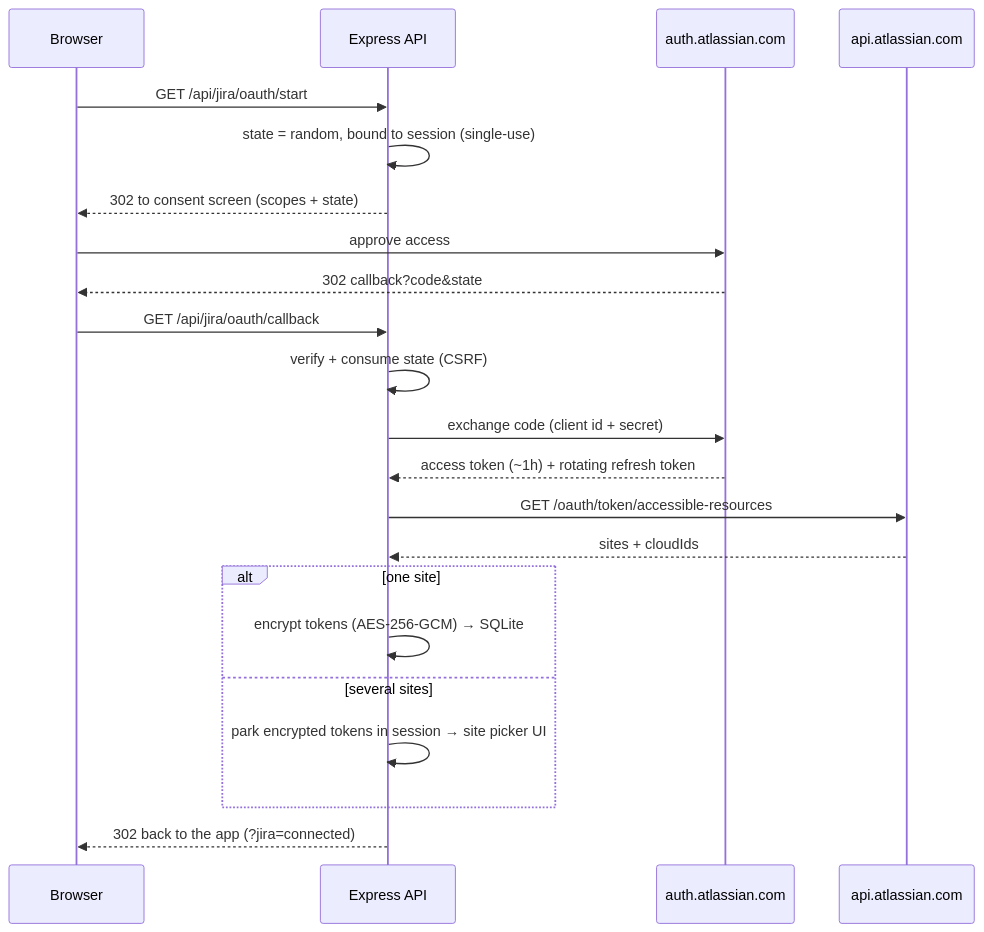
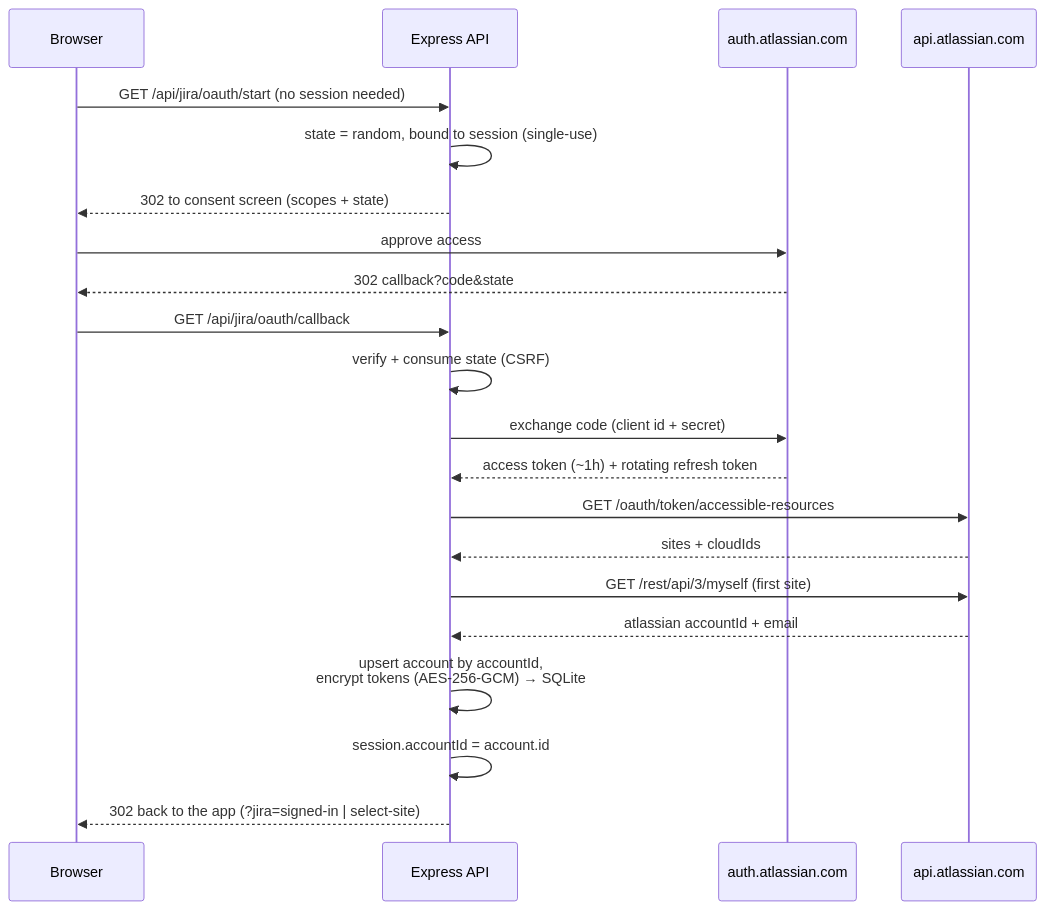
Before and after one commit to lerman01/IdentityHub: the second of 4 diagrams in docs/ARCHITECTURE.md, drawn with Mermaid. The commit also changed other lines of this file and 48 other files, not shown here.

First line of the commit message:
refactor: sign in with Atlassian only - one identity, no passwords

````diff
--- a/docs/ARCHITECTURE.md
+++ b/docs/ARCHITECTURE.md
@@ -53,25 +55,24 @@
 ```mermaid
 sequenceDiagram
     participant U as Browser
     participant A as Express API
     participant AT as auth.atlassian.com
     participant JA as api.atlassian.com
 
-    U->>A: GET /api/jira/oauth/start
+    U->>A: GET /api/jira/oauth/start (no session needed)
     A->>A: state = random, bound to session (single-use)
     A-->>U: 302 to consent screen (scopes + state)
     U->>AT: approve access
     AT-->>U: 302 callback?code&state
     U->>A: GET /api/jira/oauth/callback
     A->>A: verify + consume state (CSRF)
     A->>AT: exchange code (client id + secret)
     AT-->>A: access token (~1h) + rotating refresh token
     A->>JA: GET /oauth/token/accessible-resources
     JA-->>A: sites + cloudIds
-    alt one site
-        A->>A: encrypt tokens (AES-256-GCM) → SQLite
-    else several sites
-        A->>A: park encrypted tokens in session → site picker UI
-    end
-    A-->>U: 302 back to the app (?jira=connected)
+    A->>JA: GET /rest/api/3/myself (first site)
+    JA-->>A: atlassian accountId + email
+    A->>A: upsert account by accountId,<br/>encrypt tokens (AES-256-GCM) → SQLite
+    A->>A: session.accountId = account.id
+    A-->>U: 302 back to the app (?jira=signed-in | select-site)
 ```
````
